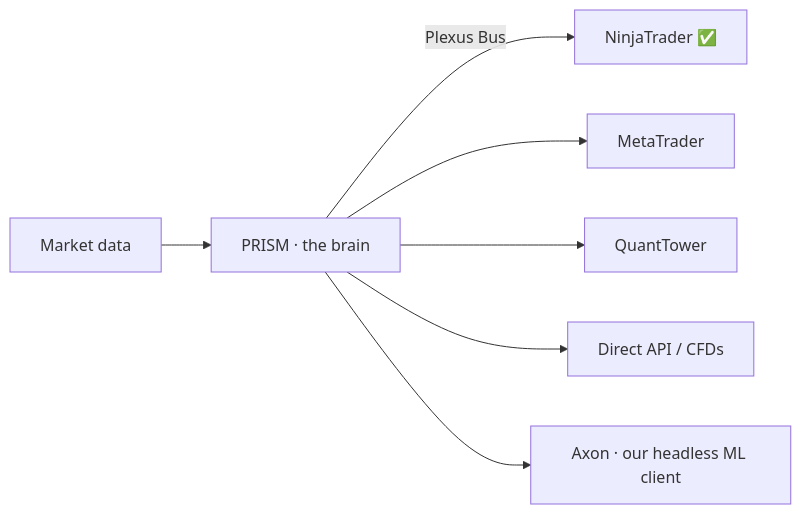
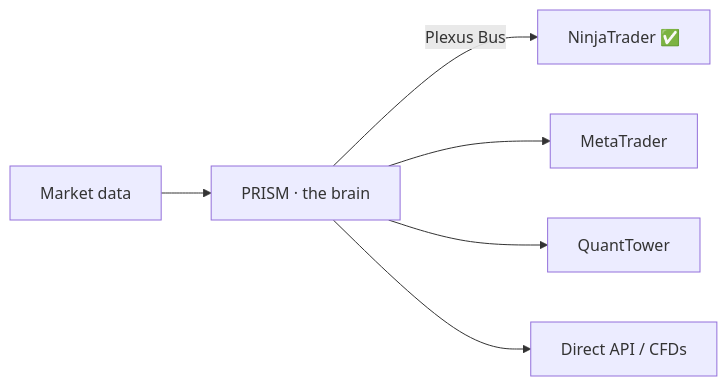
One commit to PlexusTradingLabs/plexus-site changed the second of 2 diagrams in docs/overview/architecture.md. Above: the diagram before and after it, drawn with Mermaid. The commit also changed other lines of this file and 11 other files, not shown here.

````diff
--- a/docs/overview/architecture.md
+++ b/docs/overview/architecture.md
@@ -46,9 +47,8 @@
 ```mermaid
 flowchart LR
   M["Market data"] --> P["PRISM · the brain"]
   P -->|Plexus Bus| NT["NinjaTrader ✅"]
   P --> MT["MetaTrader"]
   P --> QT["QuantTower"]
   P --> API["Direct API / CFDs"]
-  P --> AX["Axon · our headless ML client"]
 ```
````
